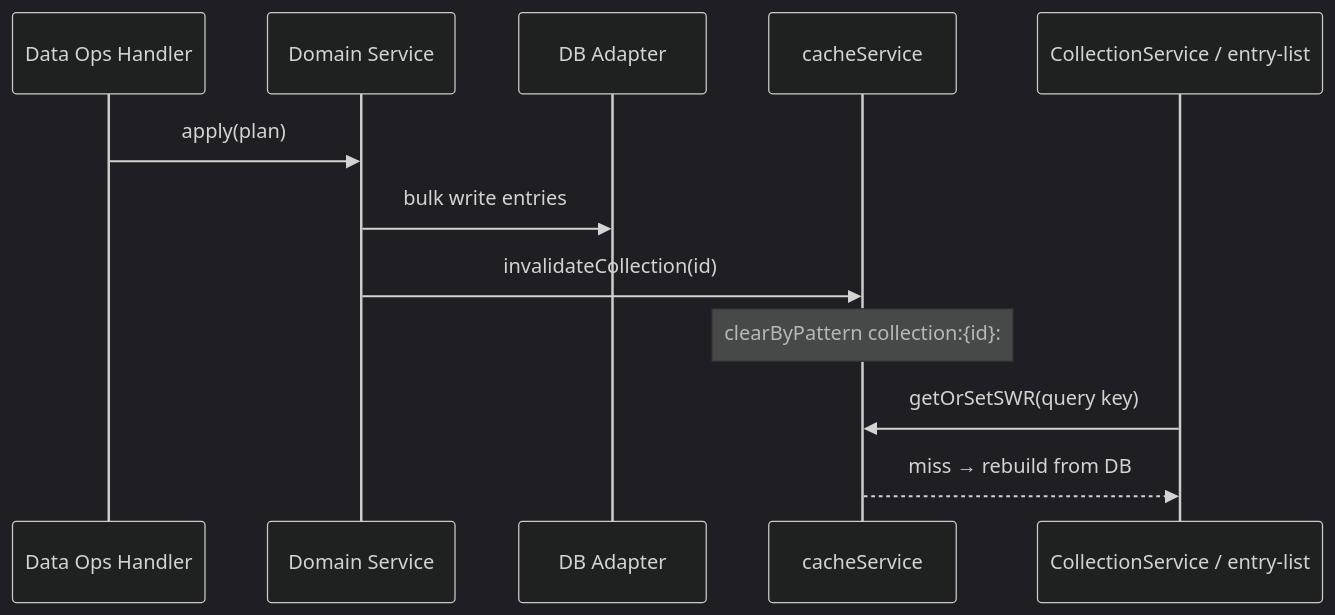
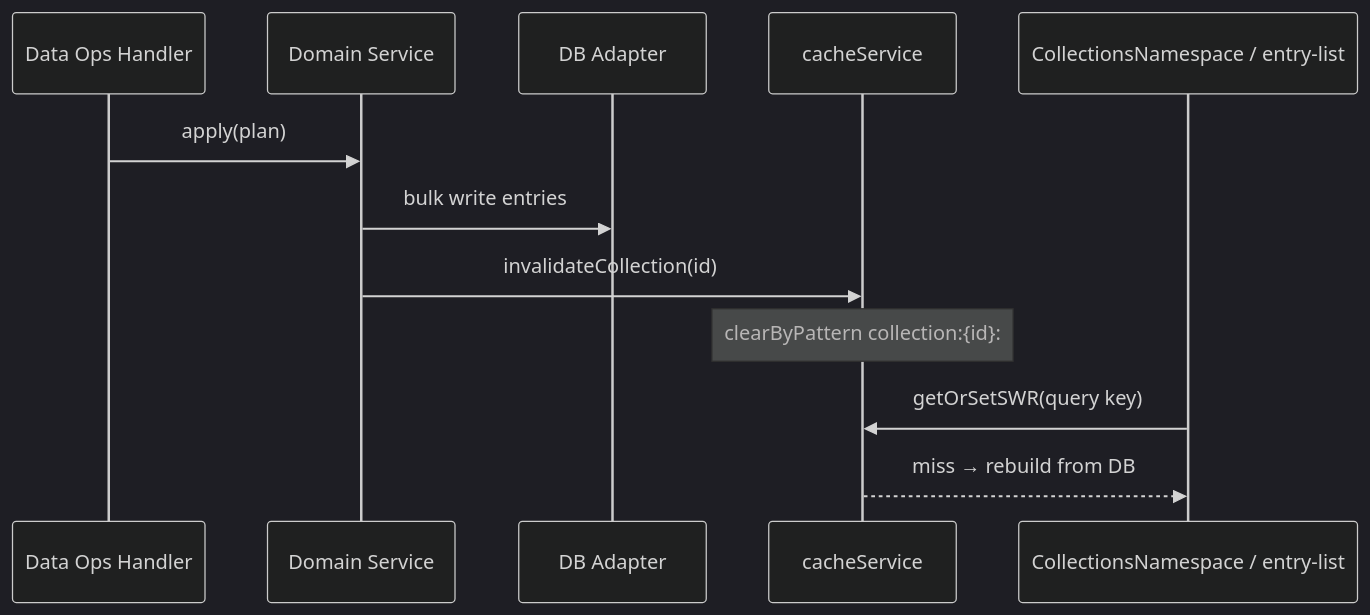
One commit to SveltyCMS/SveltyCMS changed the third of 3 diagrams in docs/reference/architecture/data-operations.mdx. Above: the diagram before and after it, drawn with Mermaid (dark theme). The commit also changed other lines of this file and 44 other files, not shown here.

````diff
--- a/docs/reference/architecture/data-operations.mdx
+++ b/docs/reference/architecture/data-operations.mdx
@@ -214,15 +214,15 @@
 ```mermaid
 sequenceDiagram
     participant Ops as Data Ops Handler
     participant Svc as Domain Service
     participant DB as DB Adapter
     participant Cache as cacheService
-    participant List as CollectionService / entry-list
+    participant List as CollectionsNamespace / entry-list
 
     Ops->>Svc: apply(plan)
     Svc->>DB: bulk write entries
     Svc->>Cache: invalidateCollection(id)
     Note over Cache: clearByPattern collection:{id}:
     List->>Cache: getOrSetSWR(query key)
     Cache-->>List: miss → rebuild from DB
 ```
````
